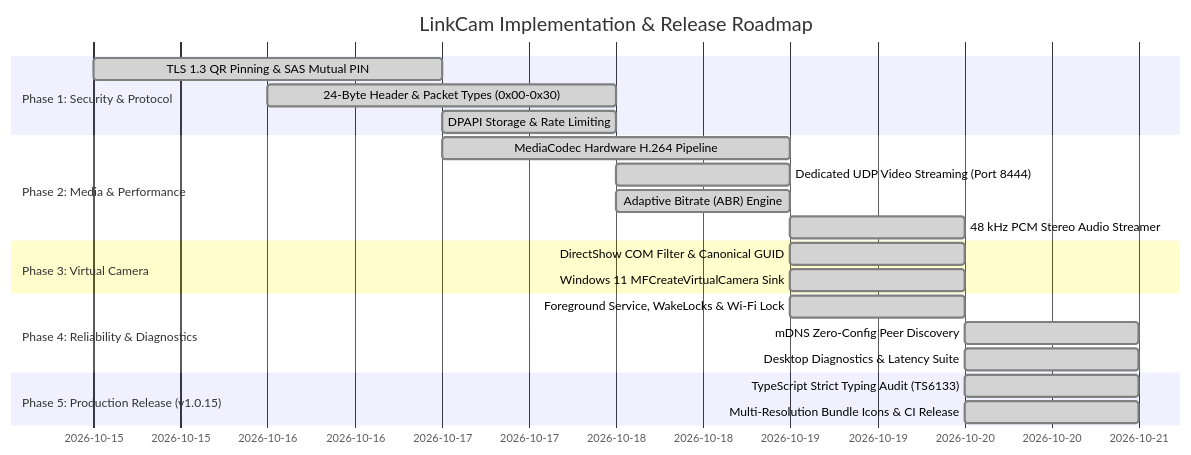
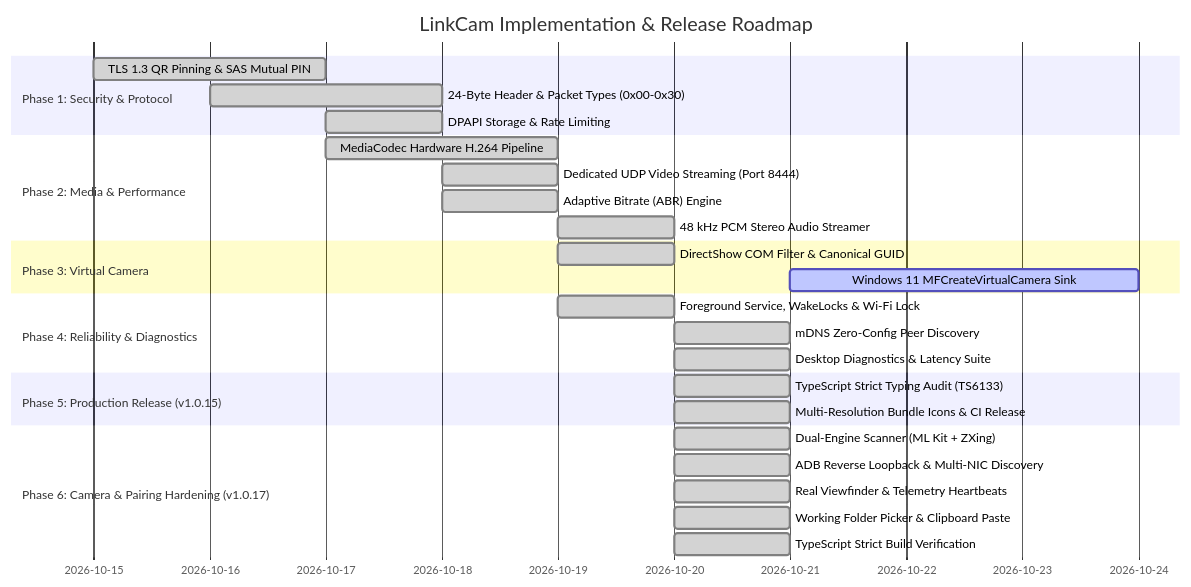
One commit to Aniketkumar-01/LinkCam changed the fifth of 5 diagrams in SYSTEM_ARCHITECTURE_AND_SPECIFICATION.md. Above: the diagram before and after it, drawn with Mermaid. The commit also changed other lines of this file and 38 other files, not shown here.

````diff
--- a/SYSTEM_ARCHITECTURE_AND_SPECIFICATION.md
+++ b/SYSTEM_ARCHITECTURE_AND_SPECIFICATION.md
@@ -481,24 +628,30 @@
 ```mermaid
 gantt
     title LinkCam Implementation & Release Roadmap
     dateFormat  YYYY-MM-DD
     section Phase 1: Security & Protocol
     TLS 1.3 QR Pinning & SAS Mutual PIN        :done, p1_1, 2026-10-15, 2d
     24-Byte Header & Packet Types (0x00-0x30)  :done, p1_2, 2026-10-16, 2d
     DPAPI Storage & Rate Limiting              :done, p1_3, 2026-10-17, 1d
     section Phase 2: Media & Performance
     MediaCodec Hardware H.264 Pipeline         :done, p2_1, 2026-10-17, 2d
     Dedicated UDP Video Streaming (Port 8444)  :done, p2_2, 2026-10-18, 1d
     Adaptive Bitrate (ABR) Engine              :done, p2_3, 2026-10-18, 1d
     48 kHz PCM Stereo Audio Streamer           :done, p2_4, 2026-10-19, 1d
     section Phase 3: Virtual Camera
     DirectShow COM Filter & Canonical GUID     :done, p3_1, 2026-10-19, 1d
-    Windows 11 MFCreateVirtualCamera Sink      :done, p3_2, 2026-10-19, 1d
+    Windows 11 MFCreateVirtualCamera Sink      :active, p3_2, 2026-10-21, 3d
     section Phase 4: Reliability & Diagnostics
     Foreground Service, WakeLocks & Wi-Fi Lock :done, p4_1, 2026-10-19, 1d
     mDNS Zero-Config Peer Discovery            :done, p4_2, 2026-10-20, 1d
     Desktop Diagnostics & Latency Suite        :done, p4_3, 2026-10-20, 1d
     section Phase 5: Production Release (v1.0.15)
     TypeScript Strict Typing Audit (TS6133)    :done, p5_1, 2026-10-20, 1d
     Multi-Resolution Bundle Icons & CI Release :done, p5_2, 2026-10-20, 1d
+    section Phase 6: Camera & Pairing Hardening (v1.0.17)
+    Dual-Engine Scanner (ML Kit + ZXing)       :done, p6_1, 2026-10-20, 1d
+    ADB Reverse Loopback & Multi-NIC Discovery :done, p6_2, 2026-10-20, 1d
+    Real Viewfinder & Telemetry Heartbeats     :done, p6_3, 2026-10-20, 1d
+    Working Folder Picker & Clipboard Paste    :done, p6_4, 2026-10-20, 1d
+    TypeScript Strict Build Verification       :done, p6_5, 2026-10-20, 1d
 ```
````
